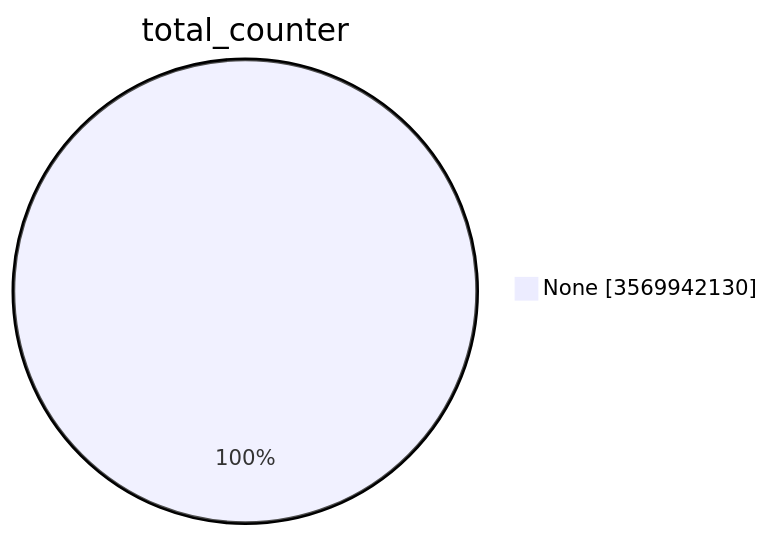
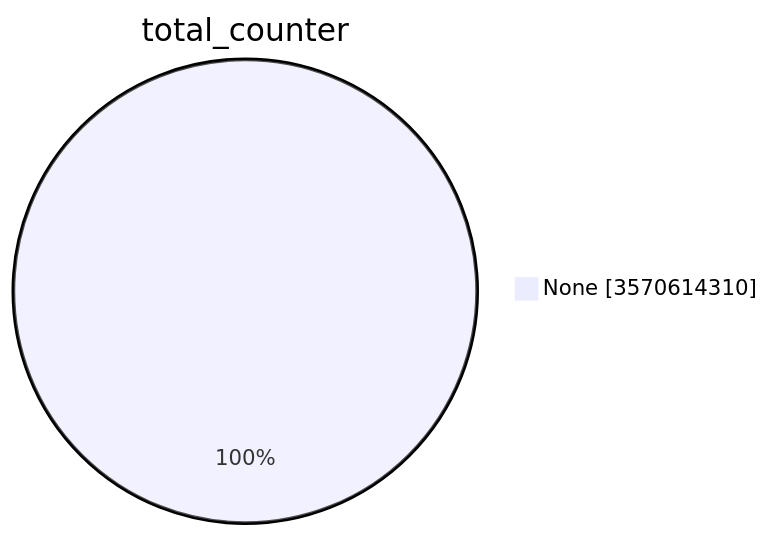
One commit to christiankrug/ctmonitor_visualization changed the first of 15 diagrams in TOTAL/README.md. Above: the diagram before and after it, drawn with Mermaid. The commit also changed other lines of this file, not shown here.

````diff
--- a/TOTAL/README.md
+++ b/TOTAL/README.md
@@ -1,5 +1,5 @@
 ```mermaid
 pie showData
 title total_counter
-"None" :3569942130
+"None" :3570614310
 ```
````
